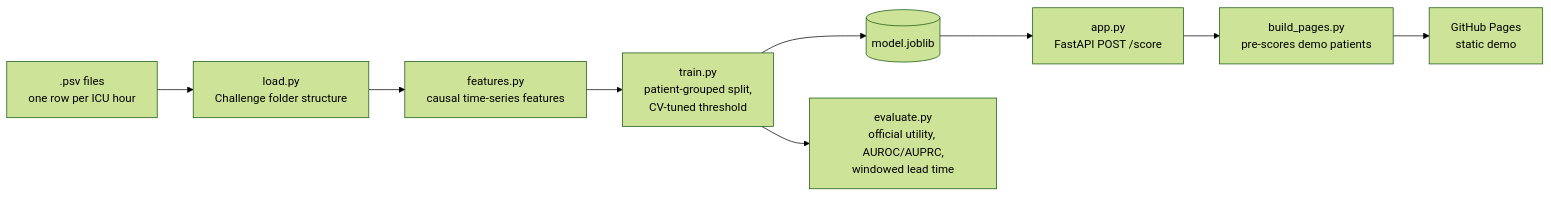
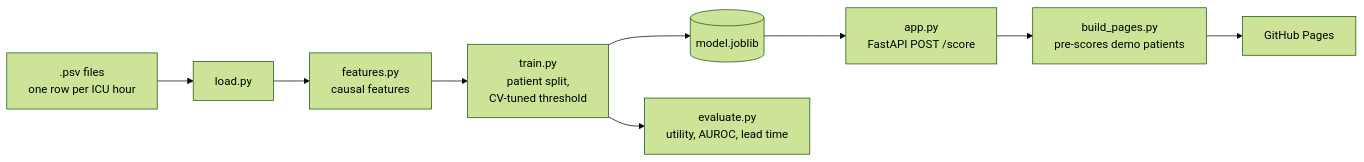
Before and after one commit to ShawnJoshua03/sepsis-early-warning: the diagram in README.md, drawn with Mermaid (forest theme). The commit also changed other lines of this file and 1 other file, not shown here.

````diff
--- a/README.md
+++ b/README.md
@@ -43,11 +48,11 @@
 ```mermaid
 flowchart LR
-    A[".psv files<br/>one row per ICU hour"] --> B["load.py<br/>Challenge folder structure"]
-    B --> C["features.py<br/>causal time-series features"]
-    C --> D["train.py<br/>patient-grouped split,<br/>CV-tuned threshold"]
+    A[".psv files<br/>one row per ICU hour"] --> B["load.py"]
+    B --> C["features.py<br/>causal features"]
+    C --> D["train.py<br/>patient split,<br/>CV-tuned threshold"]
     D --> M[("model.joblib")]
-    D --> E["evaluate.py<br/>official utility, AUROC/AUPRC,<br/>windowed lead time"]
+    D --> E["evaluate.py<br/>utility, AUROC, lead time"]
     M --> F["app.py<br/>FastAPI POST /score"]
     F --> G["build_pages.py<br/>pre-scores demo patients"]
-    G --> H["GitHub Pages<br/>static demo"]
+    G --> H["GitHub Pages"]
 ```
````
